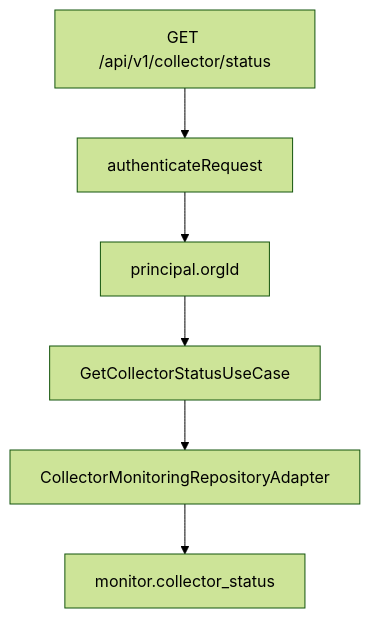
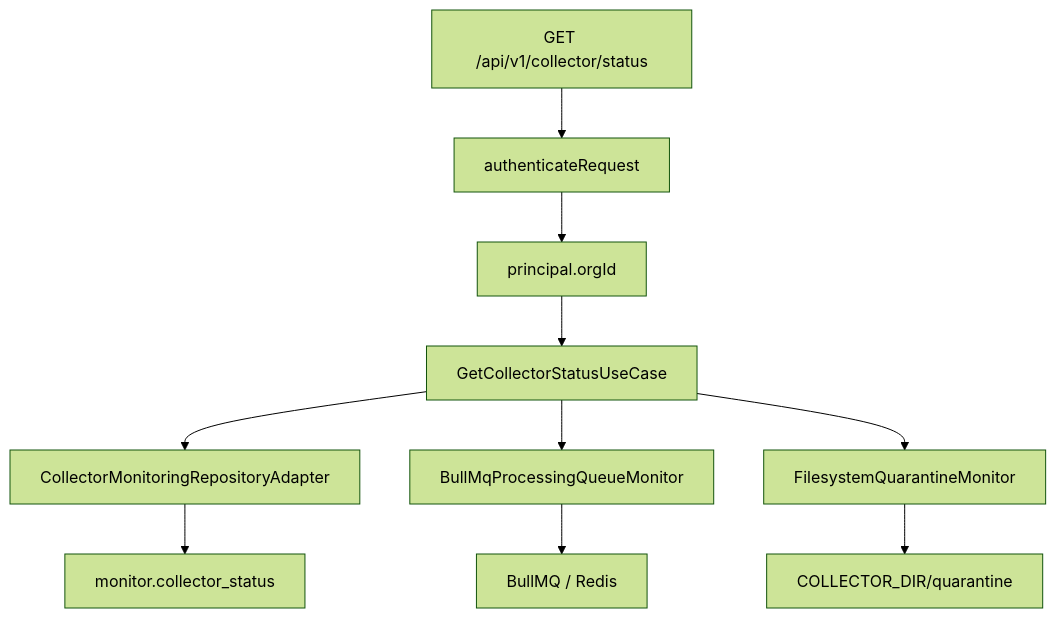
One commit to abhaykapale/Trivikrama changed the diagram in backend/src/modules/collector-monitoring/ARCHITECTURE.md. Above: the diagram before and after it, drawn with Mermaid (forest theme). The commit also changed other lines of this file and 14 other files, not shown here.

Commit message:
feat(monitoring): add queue and quarantine metrics

````diff
--- a/backend/src/modules/collector-monitoring/ARCHITECTURE.md
+++ b/backend/src/modules/collector-monitoring/ARCHITECTURE.md
@@ -7,11 +7,17 @@
 ```mermaid
 flowchart TD
     REQUEST["GET /api/v1/collector/status"]
     AUTH["authenticateRequest"]
     ORG["principal.orgId"]
     USECASE["GetCollectorStatusUseCase"]
     ADAPTER["CollectorMonitoringRepositoryAdapter"]
     POSTGRES["monitor.collector_status"]
+    QUEUE["BullMqProcessingQueueMonitor"]
+    REDIS["BullMQ / Redis"]
+    QUARANTINE["FilesystemQuarantineMonitor"]
+    FILES["COLLECTOR_DIR/quarantine"]
 
     REQUEST --> AUTH --> ORG --> USECASE --> ADAPTER --> POSTGRES
+    USECASE --> QUEUE --> REDIS
+    USECASE --> QUARANTINE --> FILES
 ```
````
